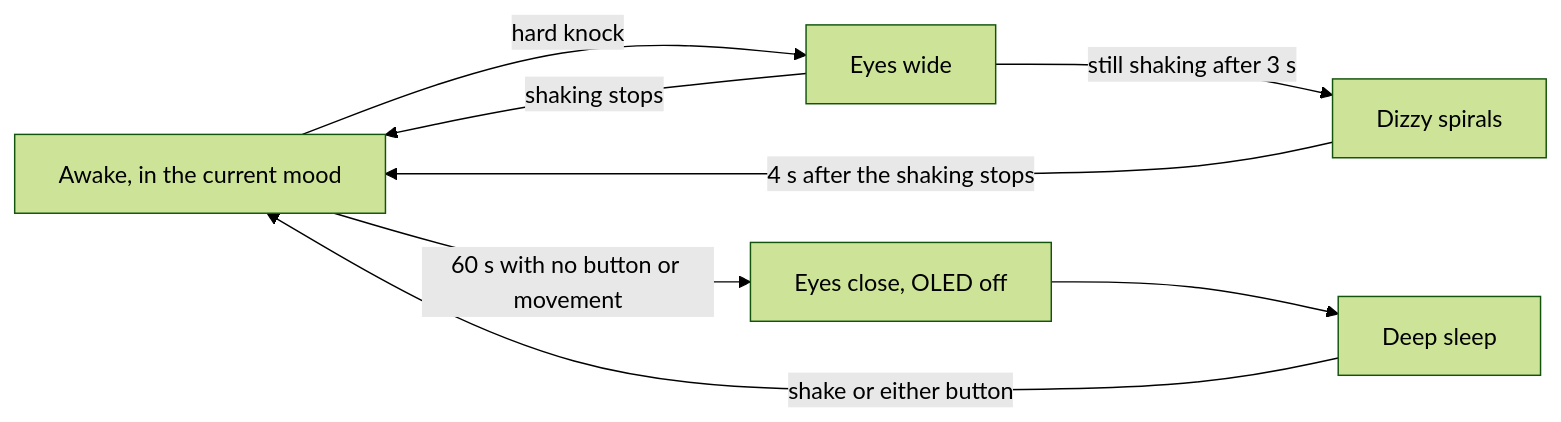
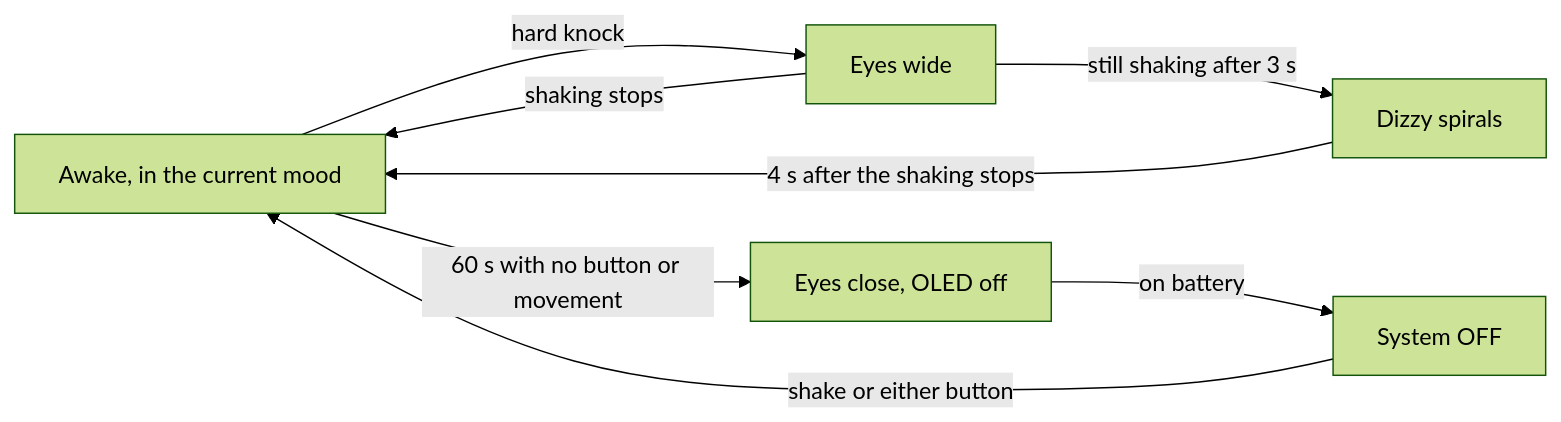
Before and after one commit to hronkrobotics/solareyes: the fifth of 5 diagrams in README.md, drawn with Mermaid (forest theme). The commit also changed other lines of this file and 6 other files, not shown here.

````diff
--- a/README.md
+++ b/README.md
@@ -269,10 +258,10 @@
 ```mermaid
 flowchart LR
     A["Awake, in the current mood"] -->|"hard knock"| W["Eyes wide"]
     W -->|"still shaking after 3 s"| D["Dizzy spirals"]
     W -->|"shaking stops"| A
     D -->|"4 s after the shaking stops"| A
     A -->|"60 s with no button or movement"| Z["Eyes close, OLED off"]
-    Z --> S["Deep sleep"]
+    Z -->|"on battery"| S["System OFF"]
     S -->|"shake or either button"| A
 ```
````
